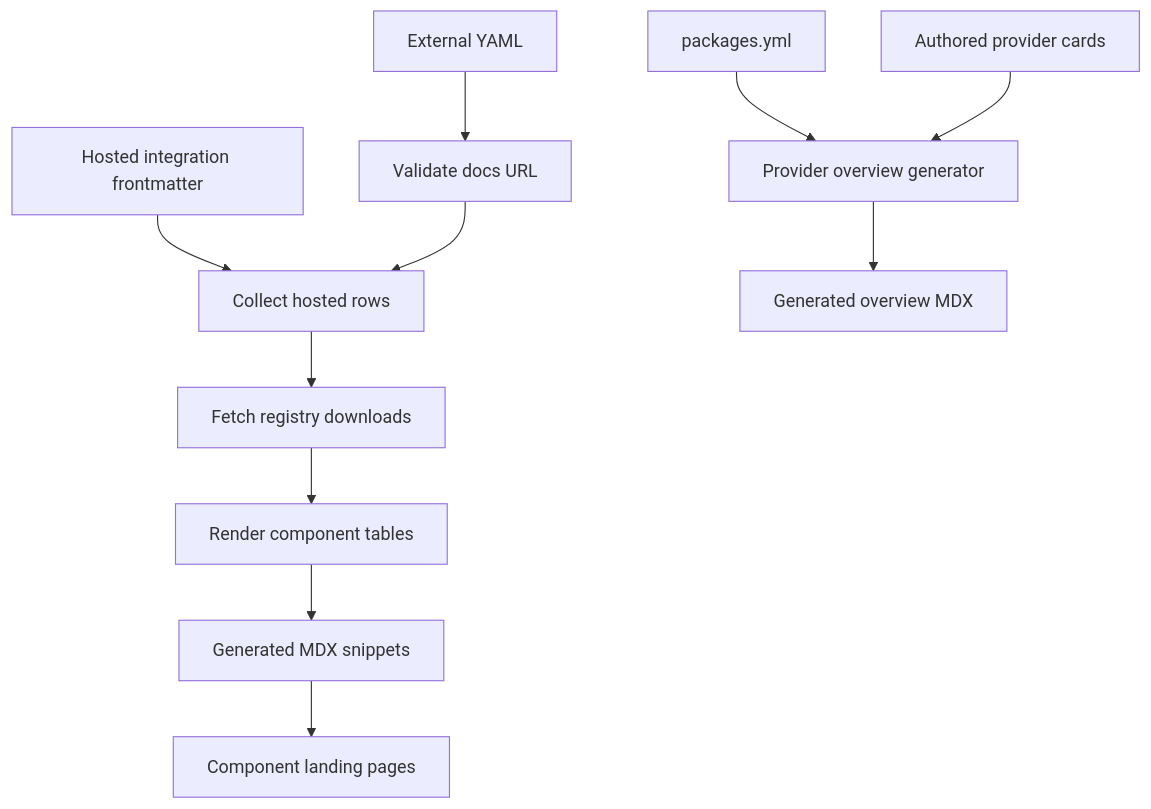
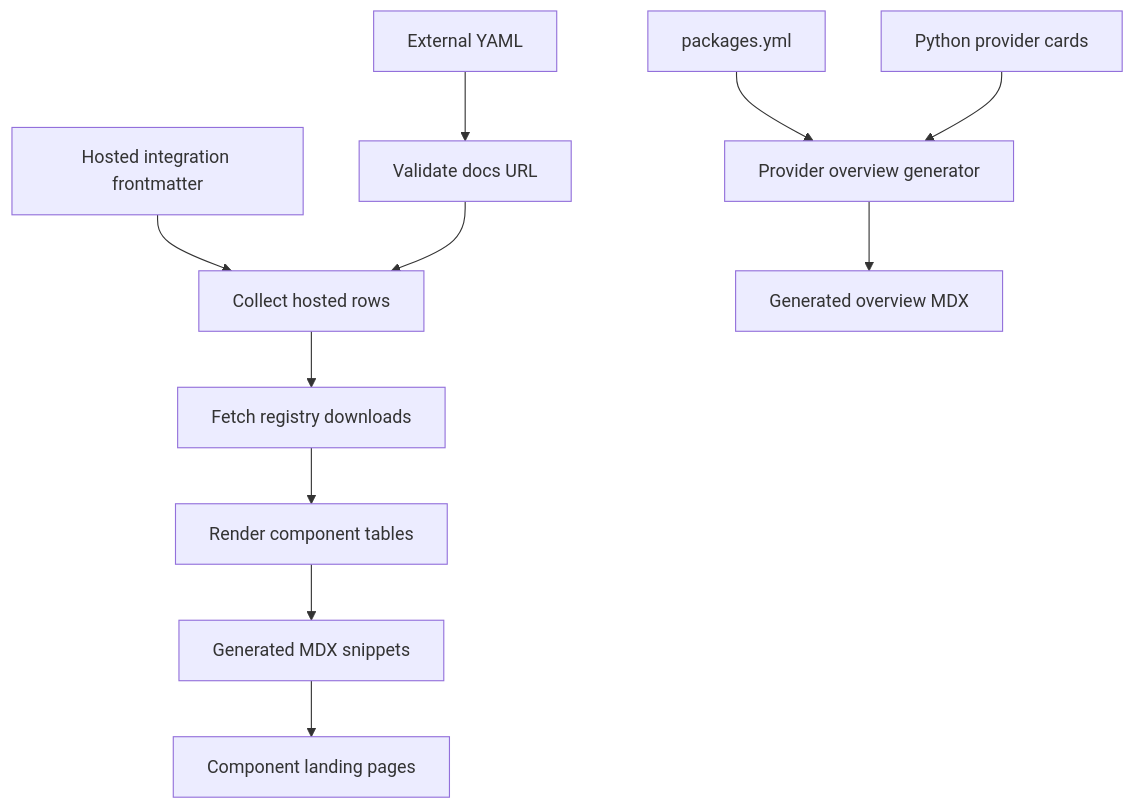
One commit to langchain-ai/docs changed the first of 3 diagrams in openwiki/workflows/integration-listing-automation.md. Above: the diagram before and after it, drawn with Mermaid. The commit also changed other lines of this file and 25 other files, not shown here.

````diff
--- a/openwiki/workflows/integration-listing-automation.md
+++ b/openwiki/workflows/integration-listing-automation.md
@@ -62,13 +64,13 @@
 ```mermaid
 flowchart TD
     External["External YAML"] --> Validate["Validate docs URL"]
     Hosted["Hosted integration frontmatter"] --> Collect["Collect hosted rows"]
     Validate --> Collect
     Collect --> Fetch["Fetch registry downloads"]
     Fetch --> Render["Render component tables"]
     Render --> Snippets["Generated MDX snippets"]
     Snippets --> Landing["Component landing pages"]
     Packages["packages.yml"] --> Overview["Provider overview generator"]
-    Cards["Authored provider cards"] --> Overview
+    Cards["Python provider cards"] --> Overview
     Overview --> Generated["Generated overview MDX"]
 ```
````
